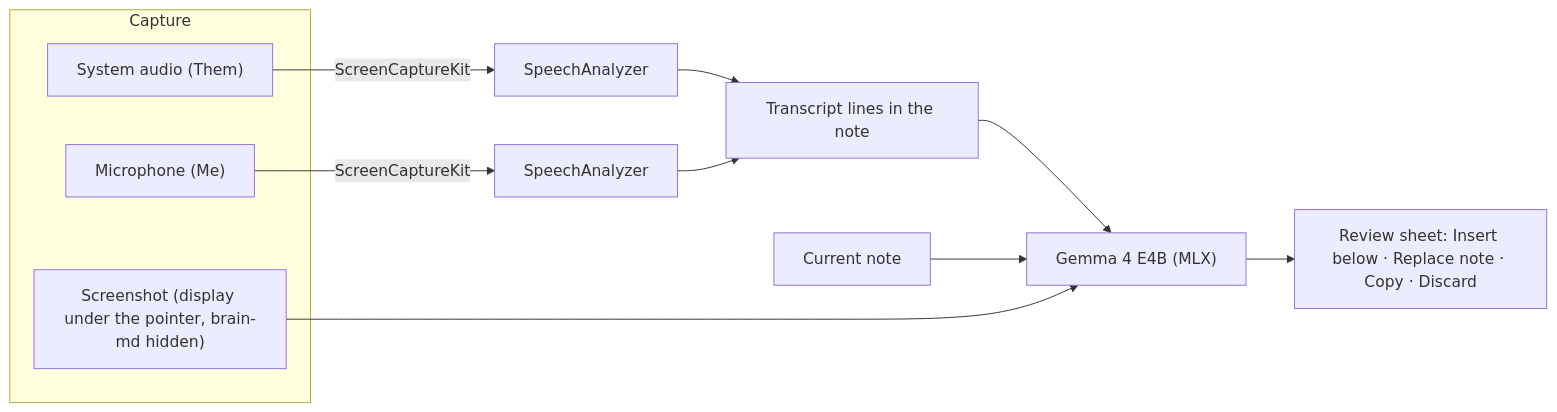
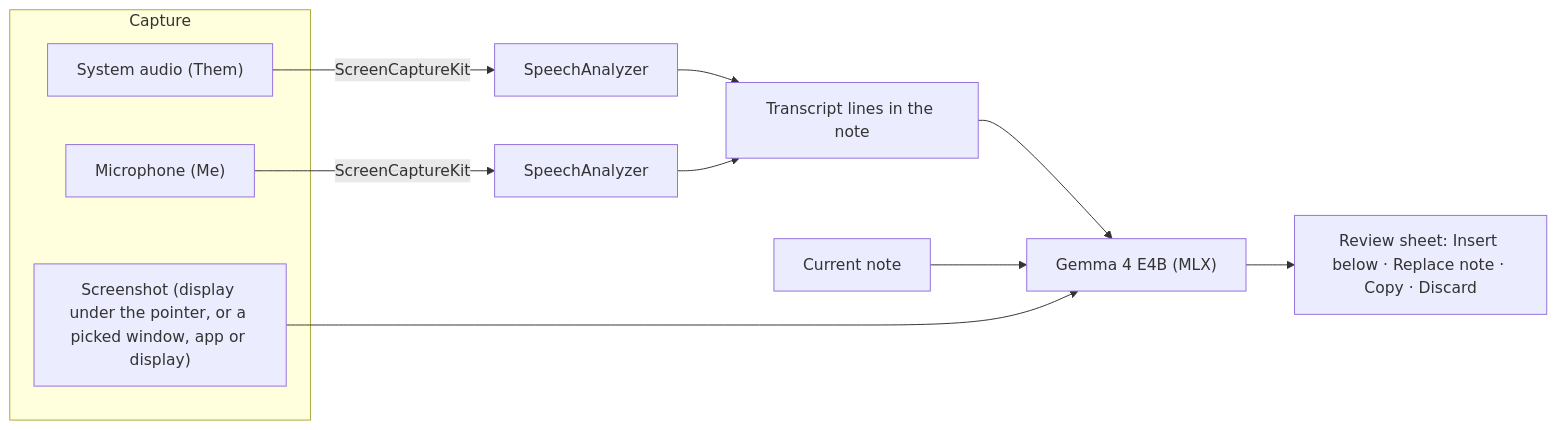
The diagram in docs/local-ai.md (ItsReidar/brain-md), drawn with Mermaid before and after one commit. The commit also changed other lines of this file and 4 other files, not shown here.

First line of the commit message:
feat(ai): choose the window, app or display to explain

````diff
--- a/docs/local-ai.md
+++ b/docs/local-ai.md
@@ -5,16 +5,16 @@
 ```mermaid
 flowchart LR
   subgraph Capture
     SYS["System audio (Them)"]
     MIC["Microphone (Me)"]
-    SCR["Screenshot (display under the pointer, brain-md hidden)"]
+    SCR["Screenshot (display under the pointer, or a picked window, app or display)"]
   end
   SYS -->|ScreenCaptureKit| SA1["SpeechAnalyzer"]
   MIC -->|ScreenCaptureKit| SA2["SpeechAnalyzer"]
   SA1 --> T["Transcript lines in the note"]
   SA2 --> T
   T --> G["Gemma 4 E4B (MLX)"]
   NOTE["Current note"] --> G
   SCR --> G
   G --> R["Review sheet: Insert below · Replace note · Copy · Discard"]
 ```
````
